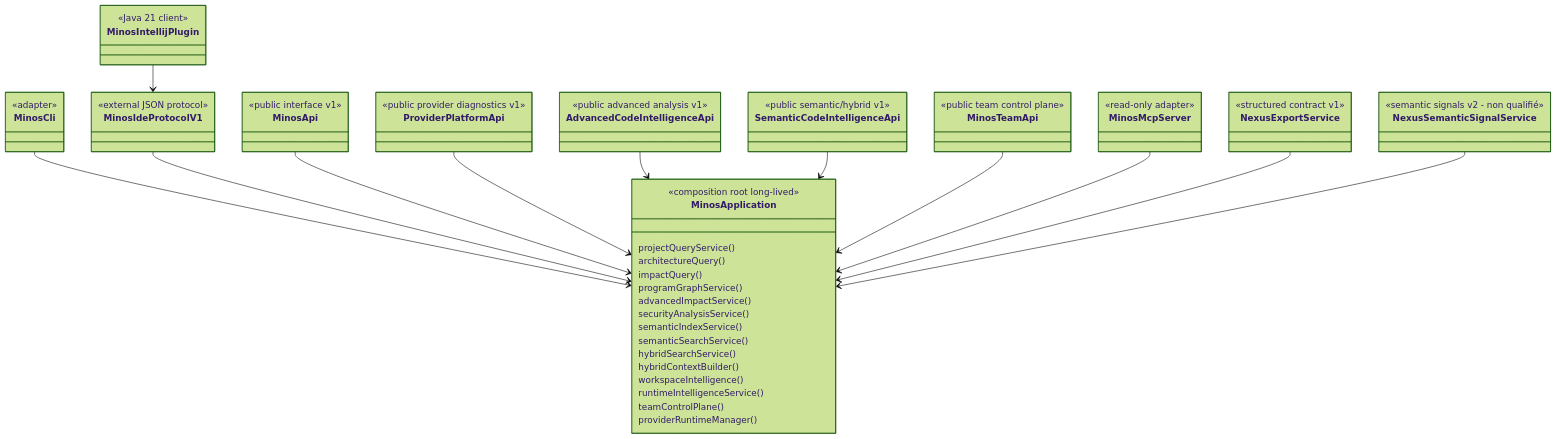
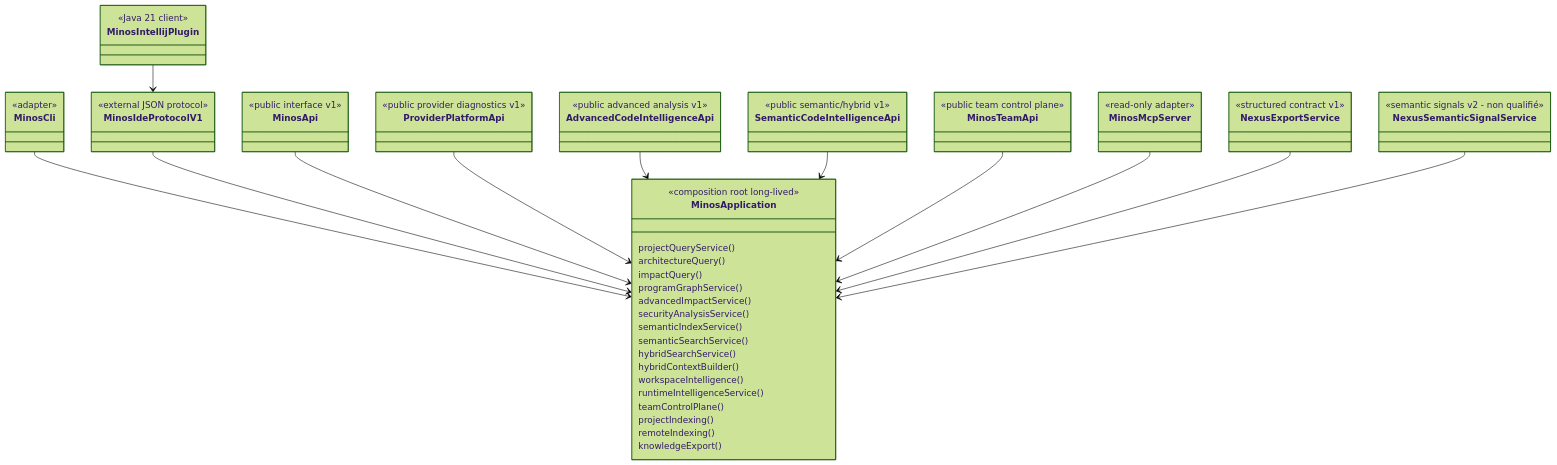
One commit to FTurleque/minos-code-intelligence changed the diagram in docs/developer/public-surfaces.md. Above: the diagram before and after it, drawn with Mermaid (forest theme). The commit also changed 81 other files, not shown here.

````diff
--- a/docs/developer/public-surfaces.md
+++ b/docs/developer/public-surfaces.md
@@ -9,43 +9,45 @@
 ```mermaid
 classDiagram
     class MinosApplication {
       <<composition root long-lived>>
       projectQueryService()
       architectureQuery()
       impactQuery()
       programGraphService()
       advancedImpactService()
       securityAnalysisService()
       semanticIndexService()
       semanticSearchService()
       hybridSearchService()
       hybridContextBuilder()
       workspaceIntelligence()
       runtimeIntelligenceService()
       teamControlPlane()
-      providerRuntimeManager()
+      projectIndexing()
+      remoteIndexing()
+      knowledgeExport()
     }
     class MinosCli { <<adapter>> }
     class MinosIdeProtocolV1 { <<external JSON protocol>> }
     class MinosIntellijPlugin { <<Java 21 client>> }
     class MinosApi { <<public interface v1>> }
     class ProviderPlatformApi { <<public provider diagnostics v1>> }
     class AdvancedCodeIntelligenceApi { <<public advanced analysis v1>> }
     class SemanticCodeIntelligenceApi { <<public semantic/hybrid v1>> }
     class MinosTeamApi { <<public team control plane>> }
     class MinosMcpServer { <<read-only adapter>> }
     class NexusExportService { <<structured contract v1>> }
     class NexusSemanticSignalService { <<semantic signals v2 - non qualifié>> }
 
     MinosCli --> MinosApplication
     MinosIdeProtocolV1 --> MinosApplication
     MinosIntellijPlugin --> MinosIdeProtocolV1
     MinosApi --> MinosApplication
     ProviderPlatformApi --> MinosApplication
     AdvancedCodeIntelligenceApi --> MinosApplication
     SemanticCodeIntelligenceApi --> MinosApplication
     MinosTeamApi --> MinosApplication
     MinosMcpServer --> MinosApplication
     NexusExportService --> MinosApplication
     NexusSemanticSignalService --> MinosApplication
 ```
````
